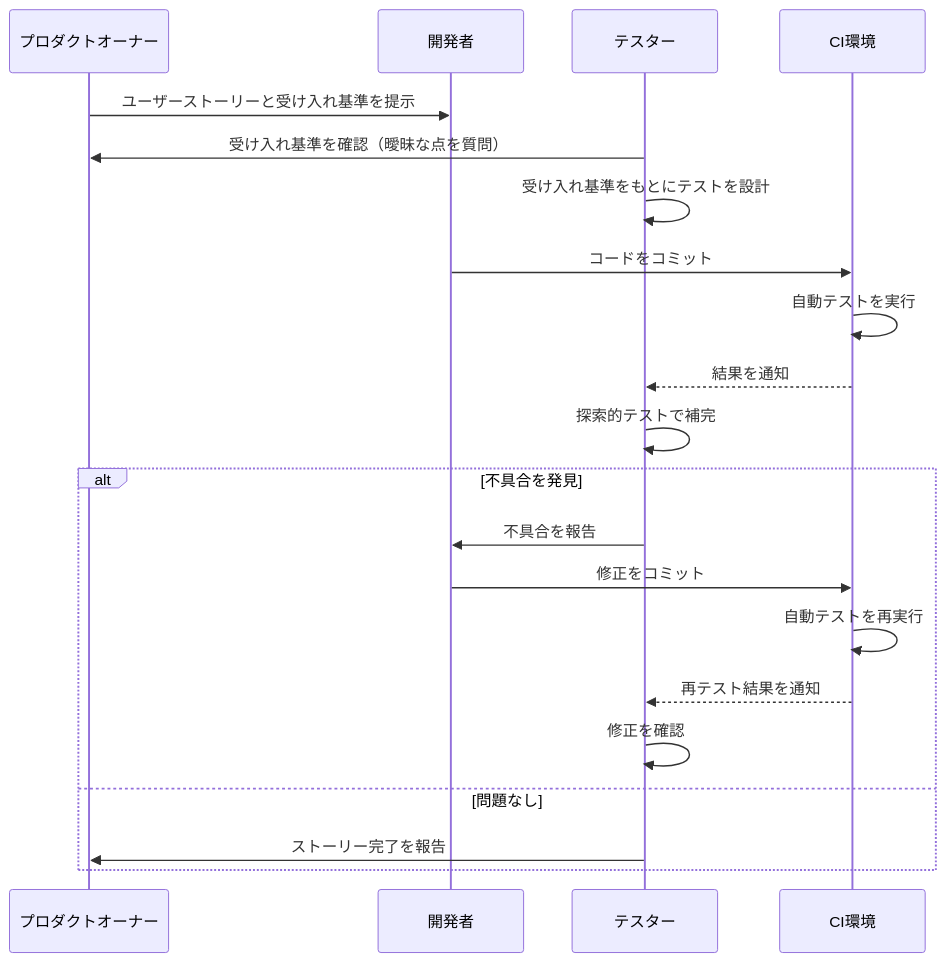
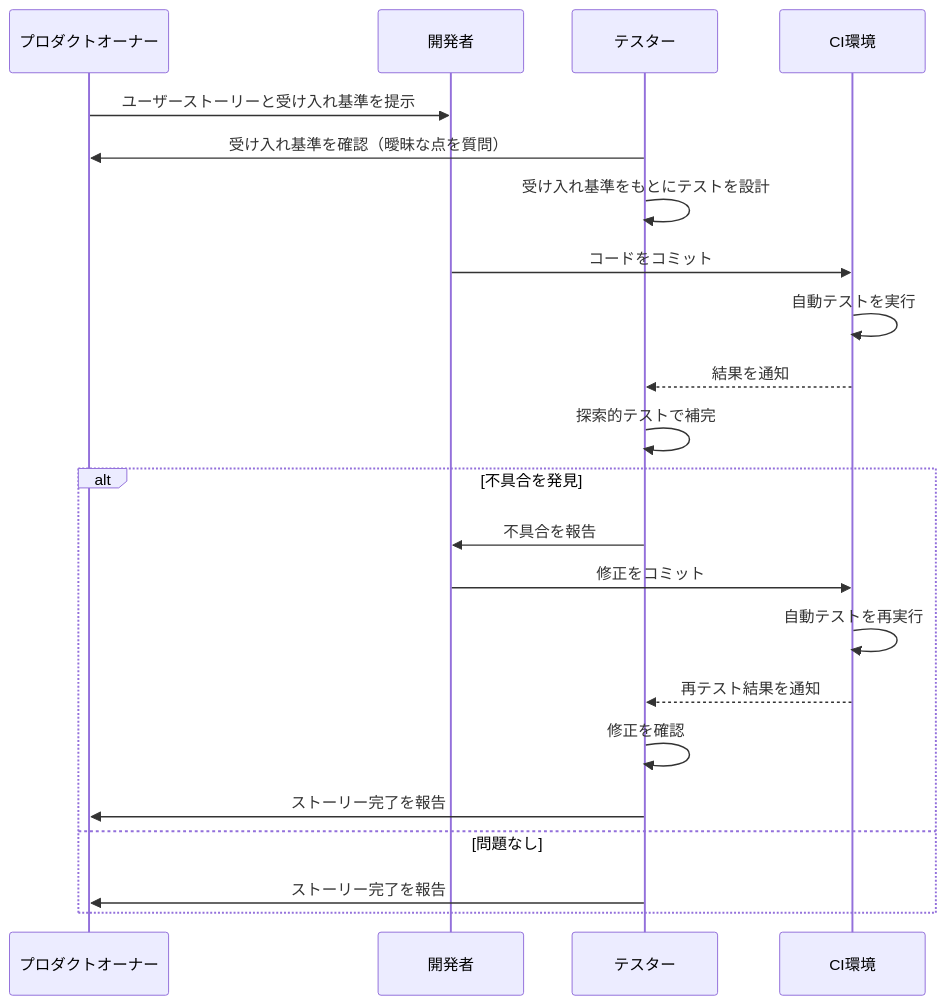
One commit to myoshi2891/Quality-Assurance-Studies changed the seventh of 10 diagrams in Iso-iec-tr-29119-6-agile-guide.md. Above: the diagram before and after it, drawn with Mermaid.

Commit message:
docs(iso-29119-6): add story completion report to PO in bug verification branch

````diff
--- a/Iso-iec-tr-29119-6-agile-guide.md
+++ b/Iso-iec-tr-29119-6-agile-guide.md
@@ -334,24 +334,25 @@
 ```mermaid
 sequenceDiagram
     participant PO as プロダクトオーナー
     participant DEV as 開発者
     participant TST as テスター
     participant CI as CI環境
 
     PO->>DEV: ユーザーストーリーと受け入れ基準を提示
     TST->>PO: 受け入れ基準を確認（曖昧な点を質問）
     TST->>TST: 受け入れ基準をもとにテストを設計
     DEV->>CI: コードをコミット
     CI->>CI: 自動テストを実行
     CI-->>TST: 結果を通知
     TST->>TST: 探索的テストで補完
     alt 不具合を発見
         TST->>DEV: 不具合を報告
         DEV->>CI: 修正をコミット
         CI->>CI: 自動テストを再実行
         CI-->>TST: 再テスト結果を通知
         TST->>TST: 修正を確認
+        TST->>PO: ストーリー完了を報告
     else 問題なし
         TST->>PO: ストーリー完了を報告
     end
 ```
````
